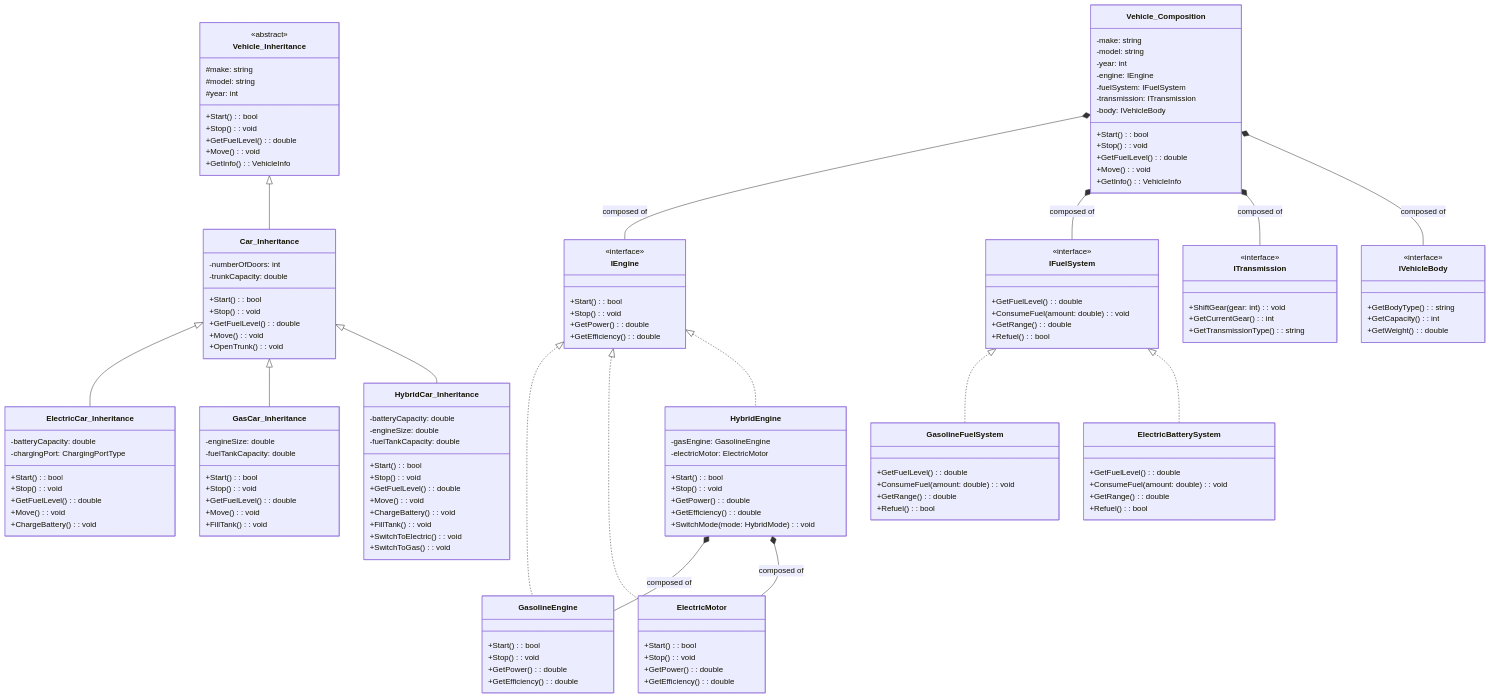
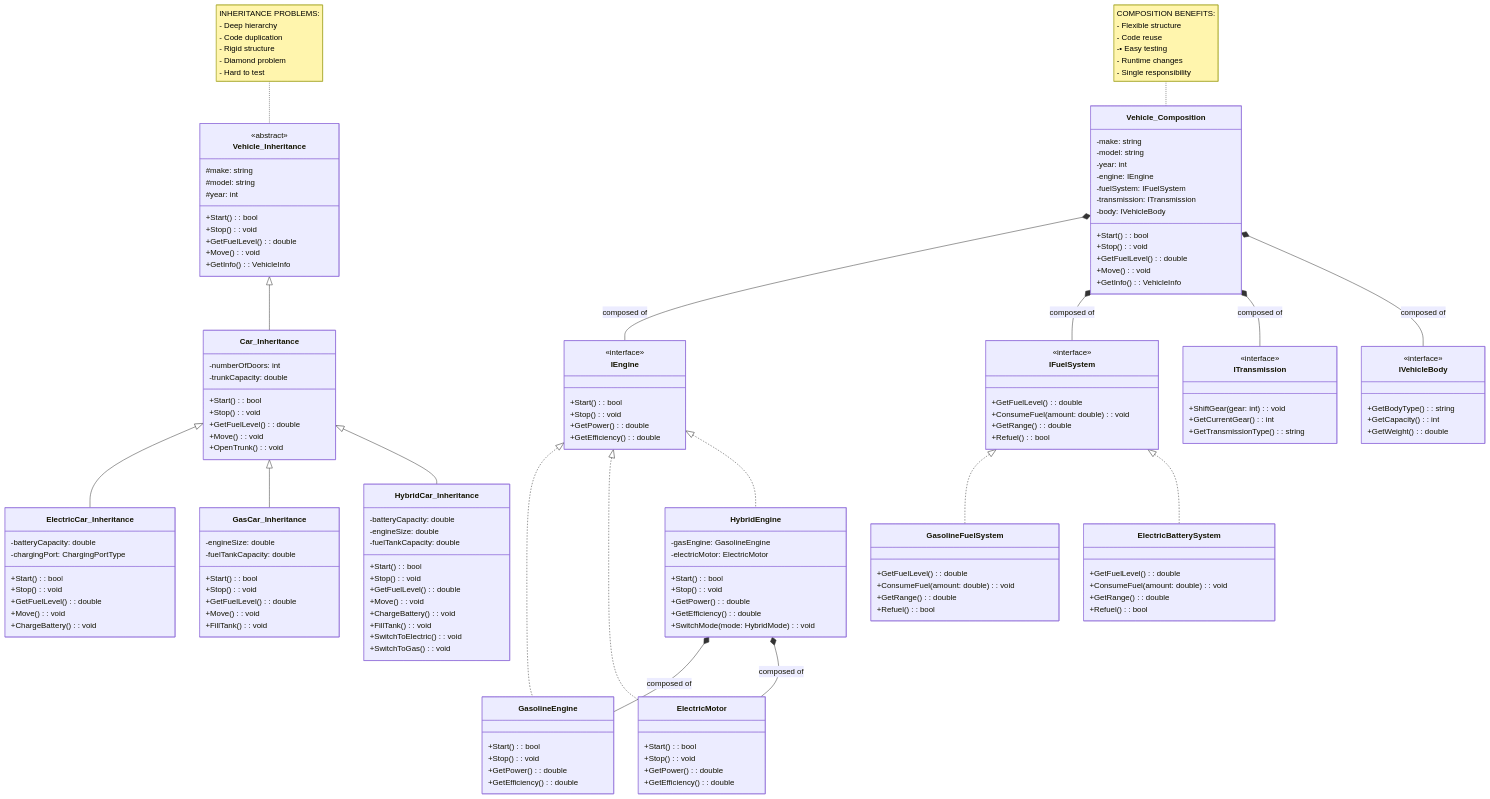
Before and after one commit to danangsw/csharp-solid-principles: the diagram in docs/03-oop-principles/07-composition-vs-inheritance.md, drawn with Mermaid. The commit also changed other lines of this file and 2 other files, not shown here.

Commit message:
Modified OOP documentation

````diff
--- a/docs/03-oop-principles/07-composition-vs-inheritance.md
+++ b/docs/03-oop-principles/07-composition-vs-inheritance.md
@@ -194,4 +194,8 @@
     
     HybridEngine *-- GasolineEngine : composed of
     HybridEngine *-- ElectricMotor : composed of
+
+    note for Vehicle_Inheritance "INHERITANCE PROBLEMS:<br/>- Deep hierarchy<br/>- Code duplication<br/>- Rigid structure<br/>- Diamond problem<br/>- Hard to test"
+    
+    note for Vehicle_Composition "COMPOSITION BENEFITS:<br/>- Flexible structure<br/>- Code reuse<br/>-• Easy testing<br/>- Runtime changes<br/>- Single responsibility"
 ```
````
